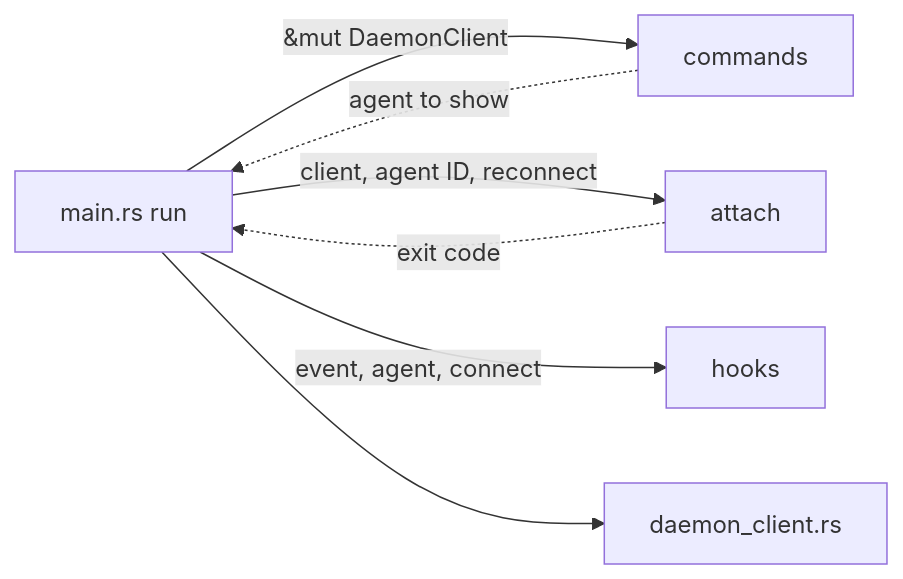
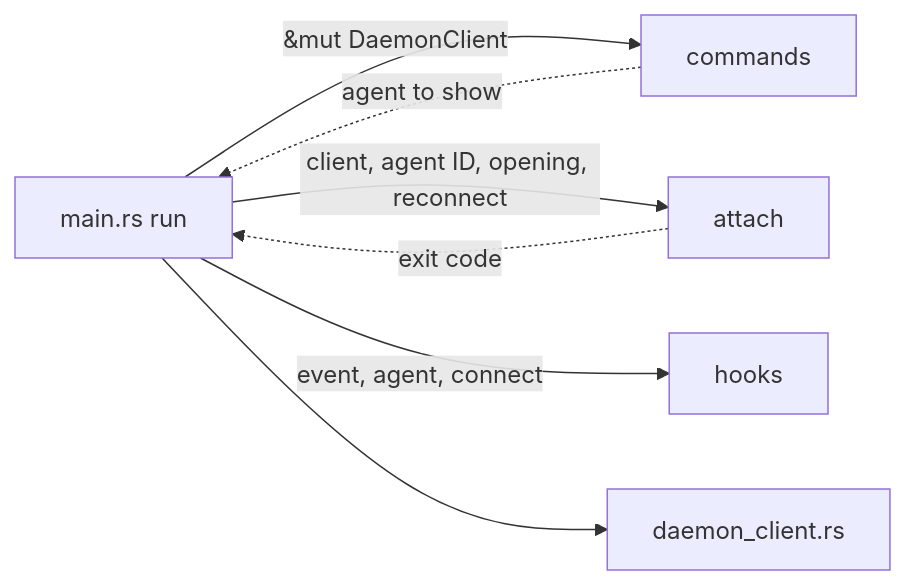
One commit to y5ez3g/facadecode changed the diagram in docs/core/islands/facade.md. Above: the diagram before and after it, drawn with Mermaid. The commit also changed other lines of this file and 10 other files, not shown here.

````diff
--- a/docs/core/islands/facade.md
+++ b/docs/core/islands/facade.md
@@ -58,9 +61,9 @@
 ```mermaid
 flowchart LR
   run["main.rs run"] -->|"&mut DaemonClient"| commands
-  run -->|"client, agent ID, reconnect"| attach
+  run -->|"client, agent ID, opening, reconnect"| attach
   run -->|"event, agent, connect"| hooks
   run --> dc["daemon_client.rs"]
   commands -.->|"agent to show"| run
   attach -.->|"exit code"| run
 ```
````
